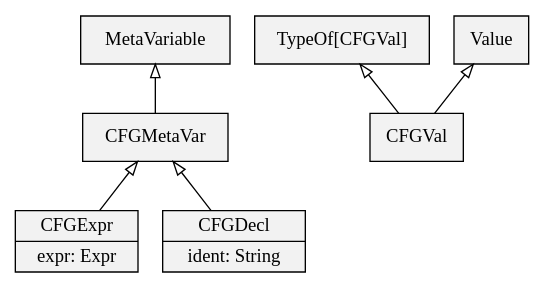
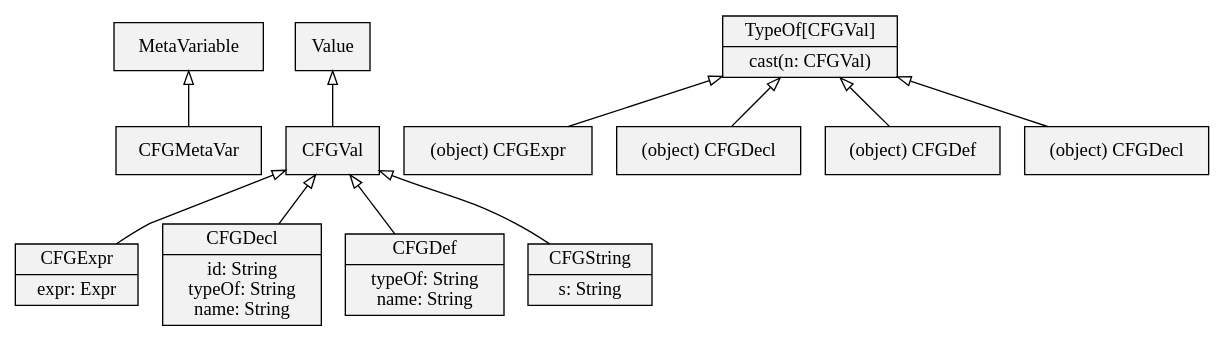
The diagram in docs/Architecture document/V1/data/merge_types.dot (jxw1102/Projet-merou), drawn with Graphviz before and after one commit. The commit also changed 12 other files, not shown here.

Commit message:
Updated and finalized the architecture document

```diff
--- a/docs/Architecture document/V1/data/merge_types.dot
+++ b/docs/Architecture document/V1/data/merge_types.dot
@@ -1,19 +1,30 @@
 digraph hierarchy {
 	node[shape=record,style=filled,fillcolor=gray95]
 	edge[dir=back, arrowtail=empty]
 
     // nodes
     M [label="CFGMetaVar"]   
 	MV [label="MetaVariable"] 	
 	V [label="CFGVal"]  
-	TypeOf [label="TypeOf[CFGVal]"]
+	TypeOf [label="{TypeOf[CFGVal]|cast(n: CFGVal)}"]
 	CFGExpr [label="{CFGExpr|expr: Expr}"]  
-	CFGDecl [label="{CFGDecl|ident: String}"]  
+	CFGDecl [label="{CFGDecl|id: String\ntypeOf: String\nname: String}"]  
+	CFGDef [label="{CFGDef|typeOf: String\nname: String}"]  
+	CFGString [label="{CFGString|s: String}"]  
+	oCFGExpr [label="{(object) CFGExpr}"]  
+	oCFGDecl [label="{(object) CFGDecl}"]  
+	oCFGDef [label="{(object) CFGDef}"]  
+	oCFGString [label="{(object) CFGDecl}"]  
     
     // links    
     MV -> M
 	Value -> V
-	TypeOf -> V
-	M -> CFGExpr
-	M -> CFGDecl
+	TypeOf -> oCFGExpr
+	TypeOf -> oCFGDecl
+	TypeOf -> oCFGDef
+	TypeOf -> oCFGString 
+	V -> CFGExpr
+	V -> CFGDecl
+	V -> CFGDef
+	V -> CFGString
 }
```
